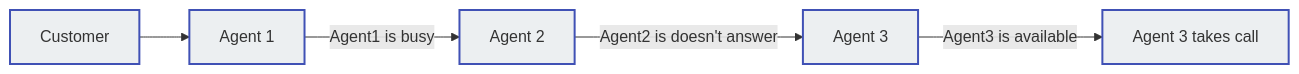
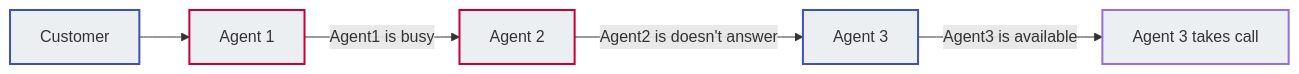
Before and after one commit to connexcs/docs: the second of 3 diagrams in docs/class5/creating-group.md, drawn with Mermaid.

````diff
--- a/docs/class5/creating-group.md
+++ b/docs/class5/creating-group.md
@@ -30,12 +30,12 @@
 ```mermaid
 graph LR
 A[Customer] --> B[Agent 1]
 B -->|Agent1 is busy| C[Agent 2]
 C -->|Agent2 is doesn't answer| D[Agent 3]
 D -->|Agent3 is available| E[Agent 3 takes call]
 style A fill:#ECEFF1,stroke:#4051b5,stroke-width:2px
-style B fill:#ECEFF1,stroke:#4051b5,stroke-width:2px
-style C fill:#ECEFF1,stroke:#4051b5,stroke-width:2px
+style B fill:#ECEFF1,stroke:#C70039,stroke-width:2px
+style C fill:#ECEFF1,stroke:#C70039,stroke-width:2px
 style D fill:#ECEFF1,stroke:#4051b5,stroke-width:2px
-style E fill:#ECEFF1,stroke:#4051b5,stroke-width:2px
+style E fill:#ECEFF1,stroke:##16C440,stroke-width:2px
 ```
````
